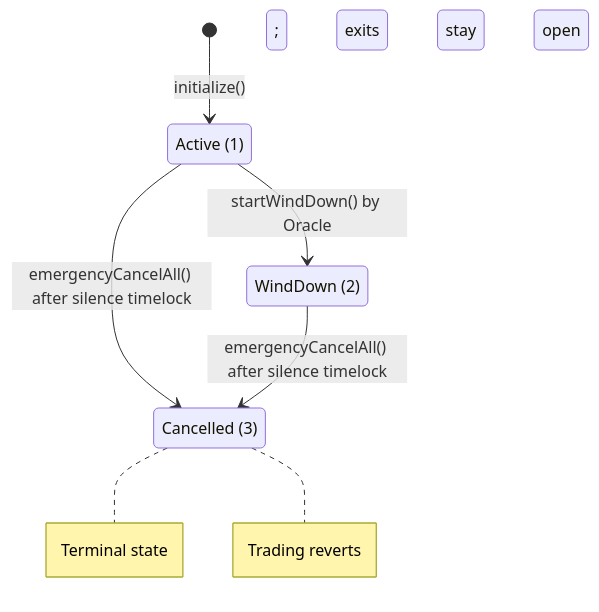
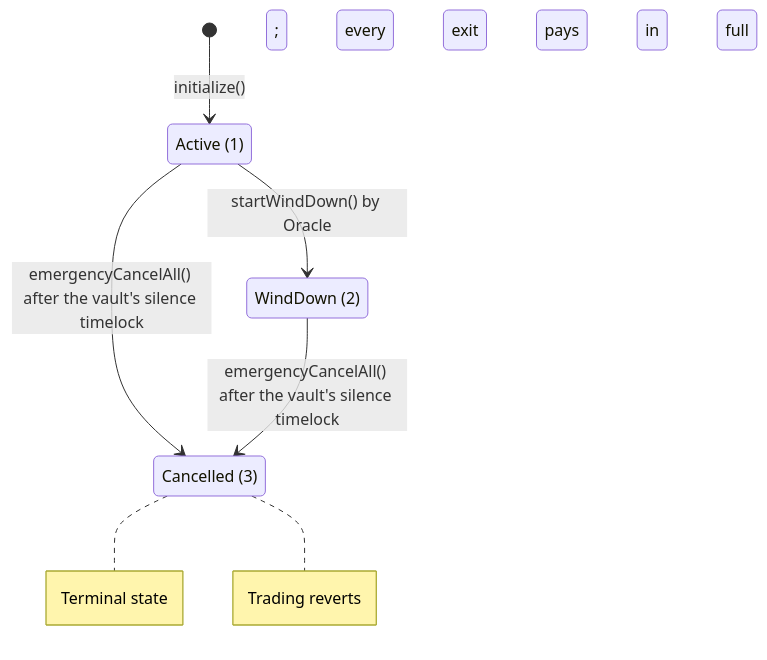
One commit to ProphetMarket/lp-vaults changed the fourth of 4 diagrams in specs/features/contracts/FEAT-JXQO-emergency-cancel-all-positions/ARCHITECTURE.md. Above: the diagram before and after it, drawn with Mermaid. The commit also changed other lines of this file and 24 other files, not shown here.

First line of the commit message:
spec (vault): Specify the freeze and the per-vault timelock

````diff
--- a/specs/features/contracts/FEAT-JXQO-emergency-cancel-all-positions/ARCHITECTURE.md
+++ b/specs/features/contracts/FEAT-JXQO-emergency-cancel-all-positions/ARCHITECTURE.md
@@ -112,12 +112,12 @@
 ```mermaid
 stateDiagram-v2
     state "Active (1)" as s1
     state "WindDown (2)" as s2
     state "Cancelled (3)" as s3
     [*] --> s1 : initialize()
     s1 --> s2 : startWindDown() by Oracle
-    s1 --> s3 : emergencyCancelAll() after silence timelock
-    s2 --> s3 : emergencyCancelAll() after silence timelock
+    s1 --> s3 : emergencyCancelAll() after the vault's silence timelock
+    s2 --> s3 : emergencyCancelAll() after the vault's silence timelock
     note right of s3 : Terminal state
-    note right of s3 : Trading reverts; exits stay open
+    note right of s3 : Trading reverts; every exit pays in full
 ```
````
